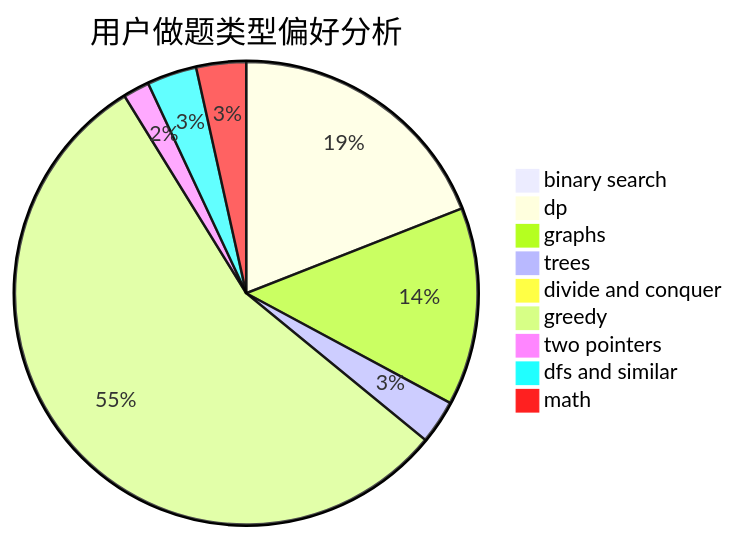
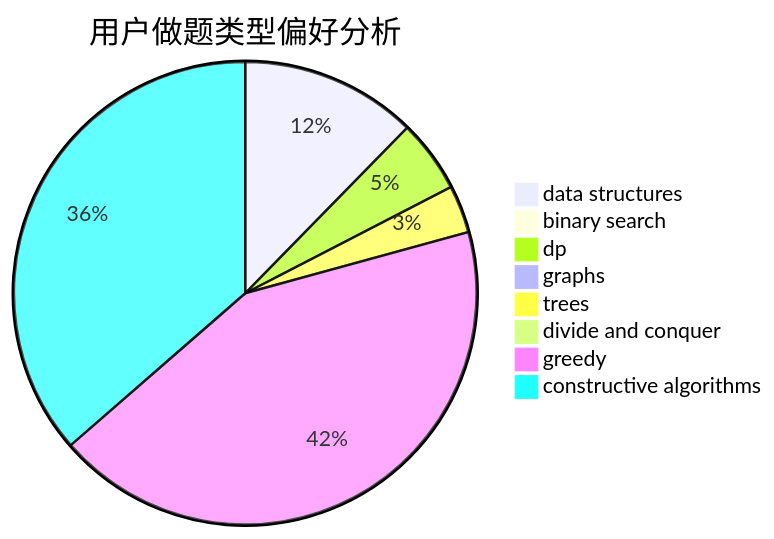
One commit to sherpahu/cfrs.github.io changed the second of 3 diagrams in docs/user/u1422.md. Above: the diagram before and after it, drawn with Mermaid. The commit also changed other lines of this file and 2775 other files, not shown here.

````diff
--- a/docs/user/u1422.md
+++ b/docs/user/u1422.md
@@ -23,12 +23,11 @@
 ```mermaid
 pie title 用户做题类型偏好分析
-    "binary search" :  9
-    "dp" :  186
-    "graphs" :  135
-    "trees" :  30
+    "data structures" :  63
+    "binary search" :  1
+    "dp" :  26
+    "graphs" :  2
+    "trees" :  17
     "divide and conquer" :  3
-    "greedy" :  540
-    "two pointers" :  18
-    "dfs and similar" :  34
-    "math" :  34
+    "greedy" :  219
+    "constructive algorithms" :  186
 ```
````
